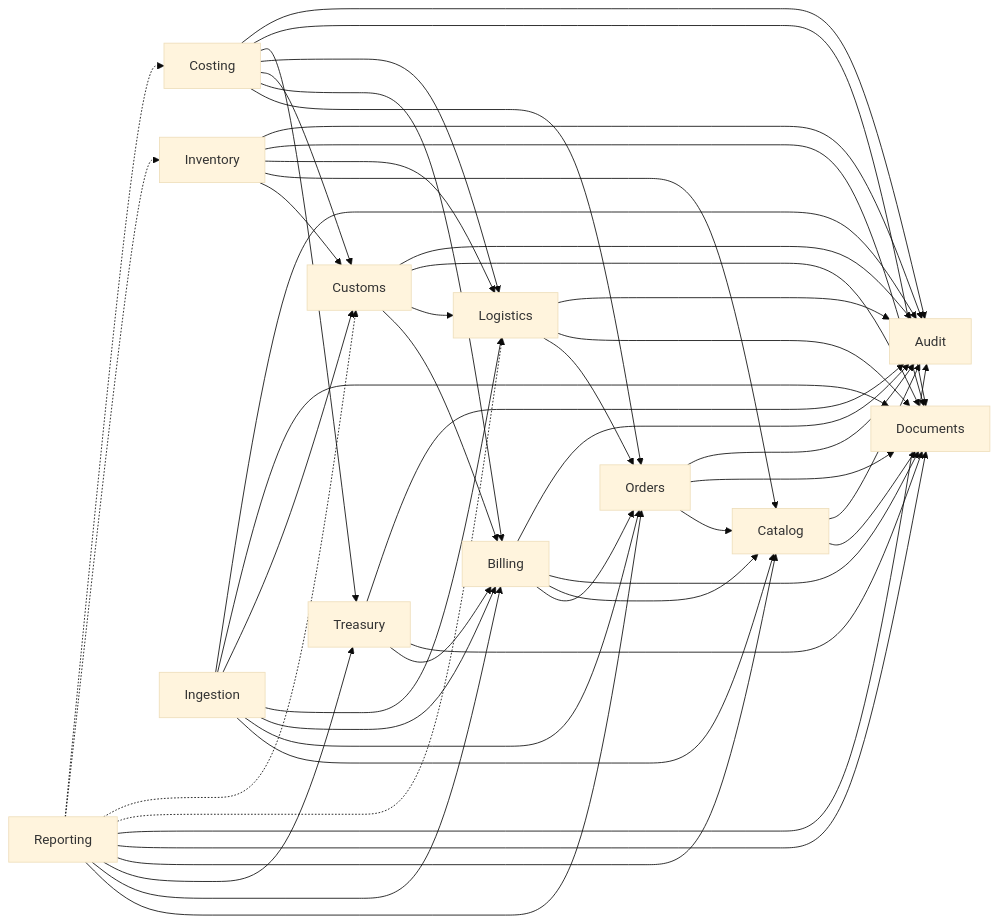
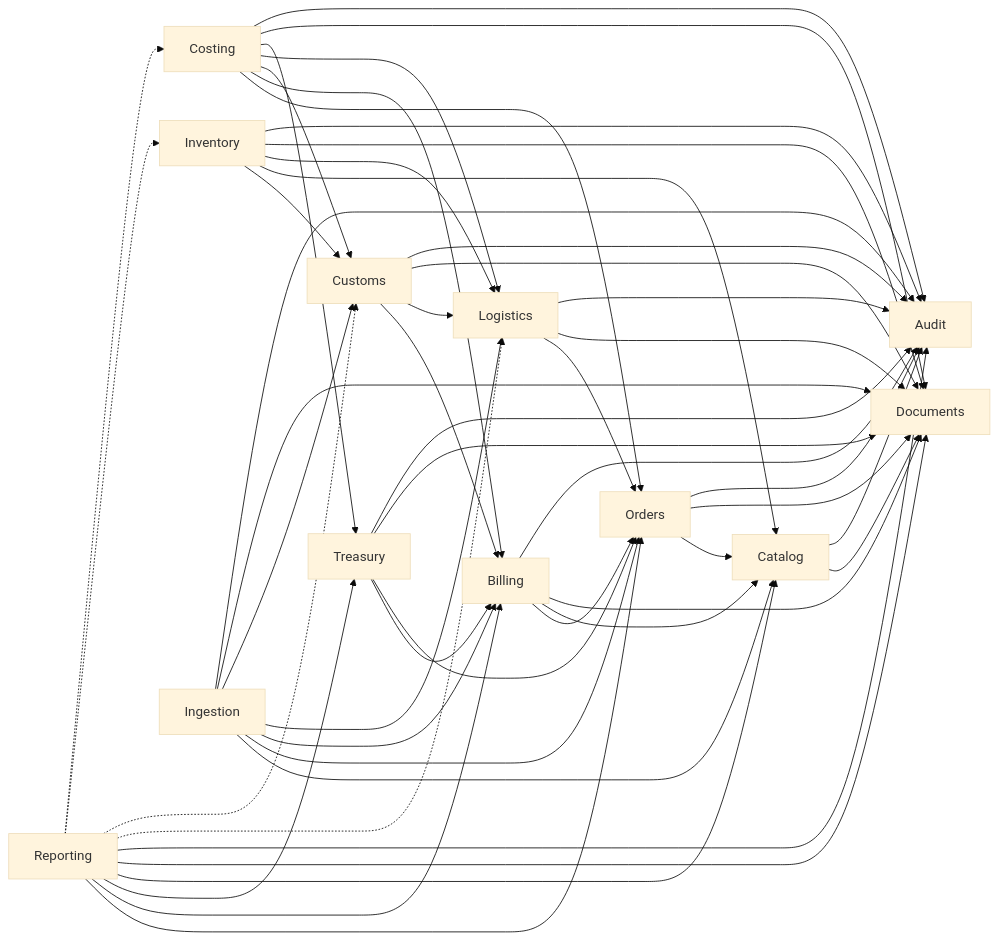
Before and after one commit to Kadorium/controle_heroes: the diagram in docs/v2/BLUEPRINT_SISTEMA_EPIC_V2.md, drawn with Mermaid (base theme). The commit also changed other lines of this file and 469 other files, not shown here.

````diff
--- a/docs/v2/BLUEPRINT_SISTEMA_EPIC_V2.md
+++ b/docs/v2/BLUEPRINT_SISTEMA_EPIC_V2.md
@@ -534,51 +546,52 @@
 ```mermaid
 flowchart LR
   Catalog --> Documents
   Catalog --> Audit
   Orders --> Catalog
   Orders --> Documents
   Orders --> Audit
   Billing --> Orders
   Billing --> Catalog
   Billing --> Documents
   Billing --> Audit
   Treasury --> Billing
+  Treasury --> Orders
   Treasury --> Documents
   Treasury --> Audit
   Logistics --> Orders
   Logistics --> Documents
   Logistics --> Audit
   Customs --> Billing
   Customs --> Logistics
   Customs --> Documents
   Customs --> Audit
   Inventory --> Customs
   Inventory --> Catalog
   Inventory --> Logistics
   Inventory --> Documents
   Inventory --> Audit
   Costing --> Orders
   Costing --> Billing
   Costing --> Customs
   Costing --> Logistics
   Costing --> Treasury
   Costing --> Documents
   Costing --> Audit
   Ingestion --> Catalog
   Ingestion --> Orders
   Ingestion --> Billing
   Ingestion --> Logistics
   Ingestion --> Customs
   Ingestion --> Documents
   Ingestion --> Audit
   Reporting --> Orders
   Reporting --> Billing
   Reporting --> Treasury
   Reporting --> Catalog
   Reporting --> Documents
   Reporting --> Audit
   Reporting -.-> Logistics
   Reporting -.-> Customs
   Reporting -.-> Inventory
   Reporting -.-> Costing
 ```
````
